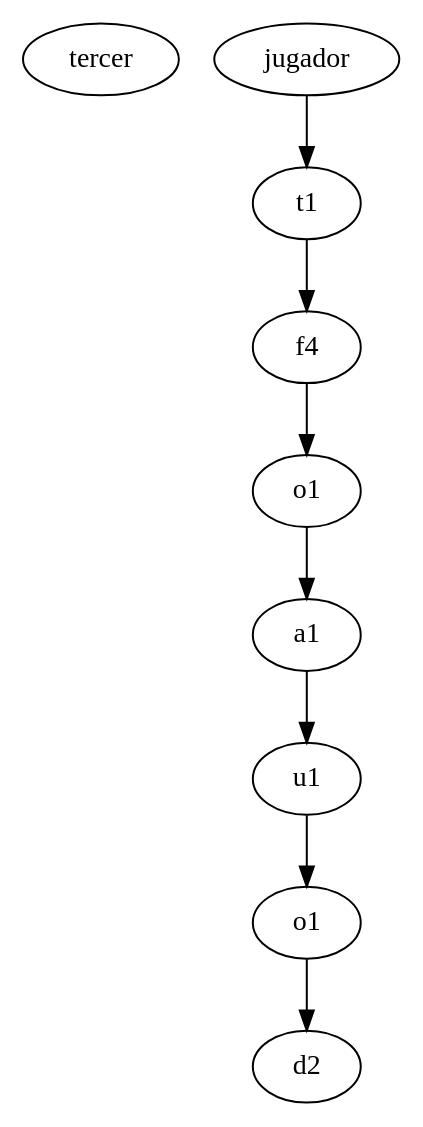
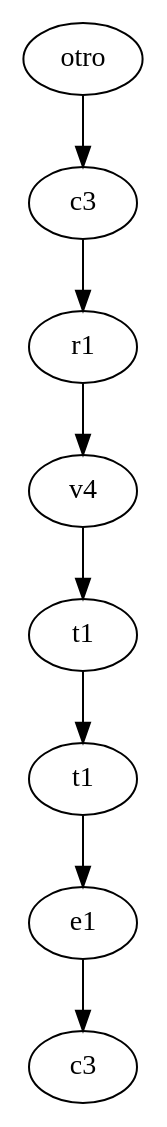
One commit to Mynor16/Practica1s12017_201213197 changed the diagram in src/PLCircular/GraficaMano.dot. Above: the diagram before and after it, drawn with Graphviz. The commit also changed 12 other files, not shown here.

Commit message:
Reemplazo de fichas de la mano de jugador por otro elemento de la cola, exitoso Inicio de interfaz grafica

```diff
--- a/src/PLCircular/GraficaMano.dot
+++ b/src/PLCircular/GraficaMano.dot
@@ -1,18 +1,18 @@
 digraph G 
  { 
-tercer jugador;
-0 [label=t1];
-1 [label=f4];
-2 [label=o1];
-3 [label=a1];
-4 [label=u1];
-5 [label=o1];
-6 [label=d2];
-tercer jugador->0;
+otro;
+0 [label=c3];
+1 [label=r1];
+2 [label=v4];
+3 [label=t1];
+4 [label=t1];
+5 [label=e1];
+6 [label=c3];
+otro->0;
 0->1;
 1->2;
 2->3;
 3->4;
 4->5;
 5->6;
 }
```
